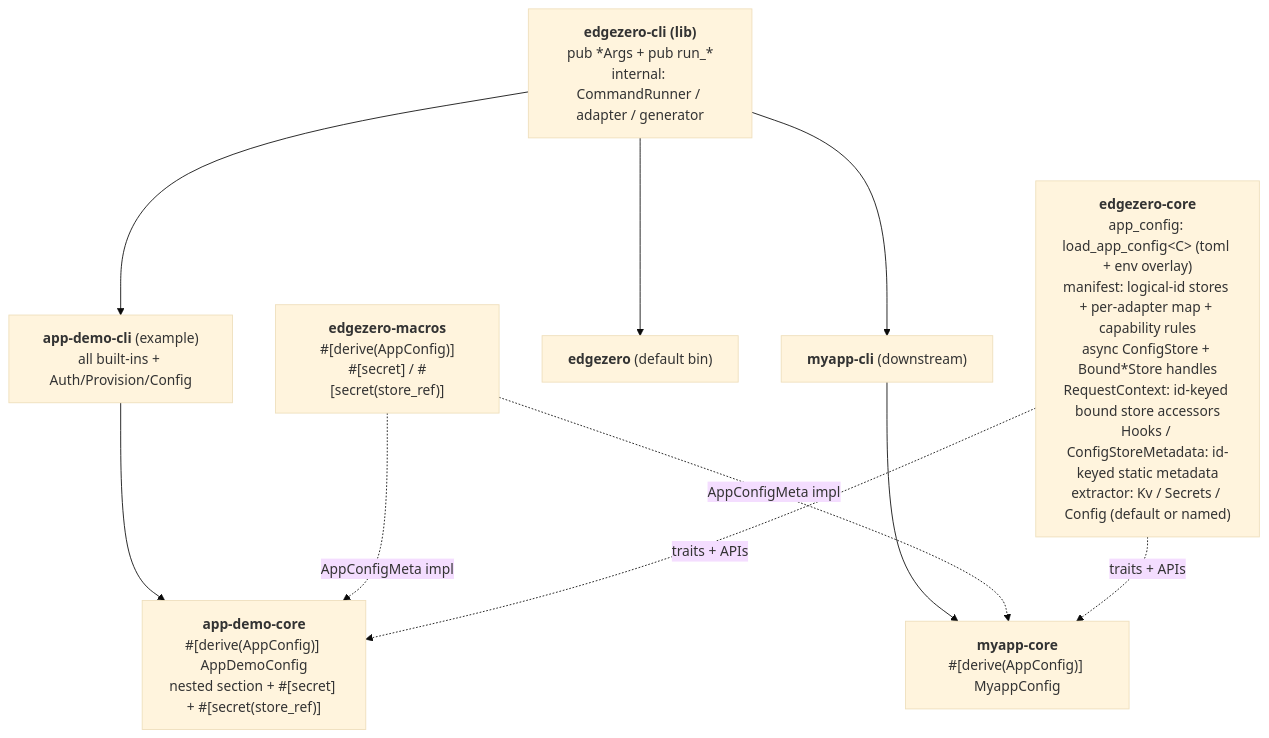
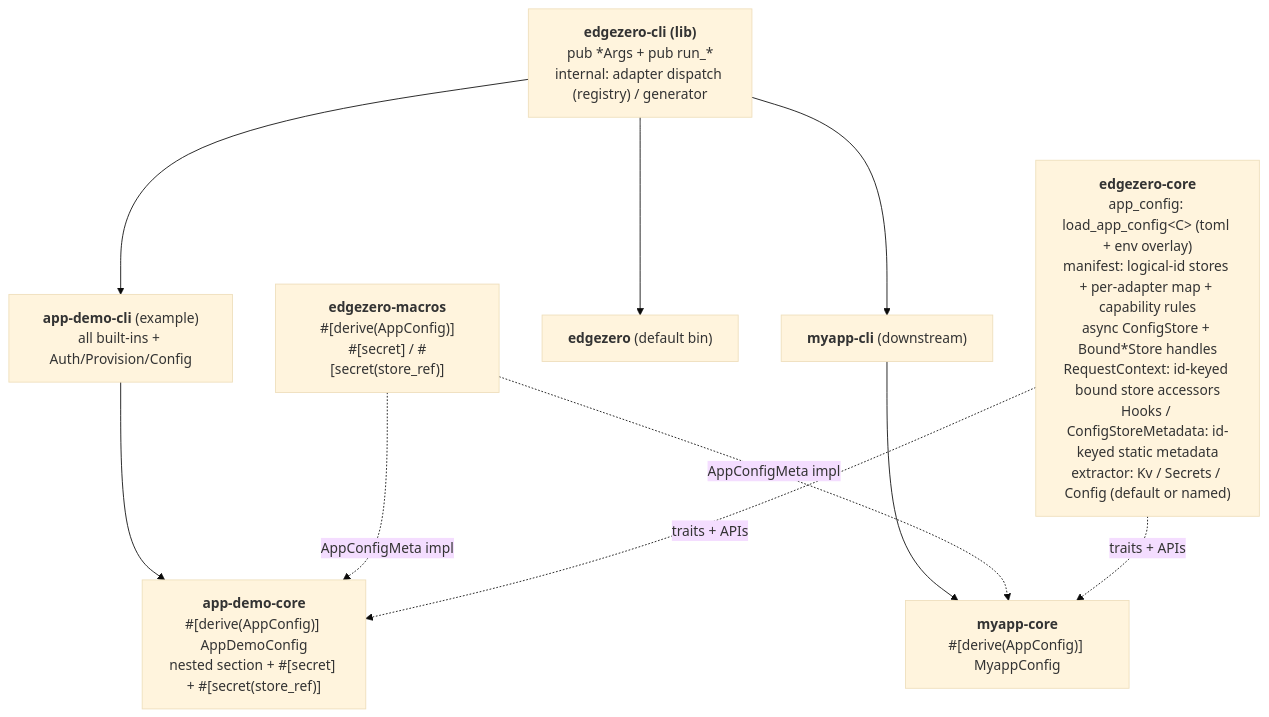
One commit to stackpop/edgezero changed the diagram in docs/superpowers/specs/2026-05-19-cli-extensions-design.md. Above: the diagram before and after it, drawn with Mermaid (base theme). The commit also changed other lines of this file and 5 other files, not shown here.

First line of the commit message:
Hoist run_native to cli_support + sweep stale CommandRunner refs

````diff
--- a/docs/superpowers/specs/2026-05-19-cli-extensions-design.md
+++ b/docs/superpowers/specs/2026-05-19-cli-extensions-design.md
@@ -109,20 +113,20 @@
 ```mermaid
 graph TB
-    Lib["<b>edgezero-cli (lib)</b><br/>pub *Args + pub run_*<br/>internal: CommandRunner / adapter / generator"]
+    Lib["<b>edgezero-cli (lib)</b><br/>pub *Args + pub run_*<br/>internal: adapter dispatch (registry) / generator"]
 
     Macros["<b>edgezero-macros</b><br/>#[derive(AppConfig)]<br/>#[secret] / #[secret(store_ref)]"]
 
     Core["<b>edgezero-core</b><br/>app_config: load_app_config&lt;C&gt; (toml + env overlay)<br/>manifest: logical-id stores + per-adapter map + capability rules<br/>async ConfigStore + Bound*Store handles<br/>RequestContext: id-keyed bound store accessors<br/>Hooks / ConfigStoreMetadata: id-keyed static metadata<br/>extractor: Kv / Secrets / Config (default or named)"]
 
     Lib --> EZ["<b>edgezero</b> (default bin)"]
     Lib --> ADC["<b>app-demo-cli</b> (example)<br/>all built-ins + Auth/Provision/Config"]
     Lib --> MAC["<b>myapp-cli</b> (downstream)"]
 
     ADC --> ADCore["<b>app-demo-core</b><br/>#[derive(AppConfig)] AppDemoConfig<br/>nested section + #[secret] + #[secret(store_ref)]"]
     MAC --> MACore["<b>myapp-core</b><br/>#[derive(AppConfig)] MyappConfig"]
 
     Macros -.AppConfigMeta impl.-> ADCore
     Macros -.AppConfigMeta impl.-> MACore
     Core -.traits + APIs.-> ADCore
     Core -.traits + APIs.-> MACore
 ```
````
